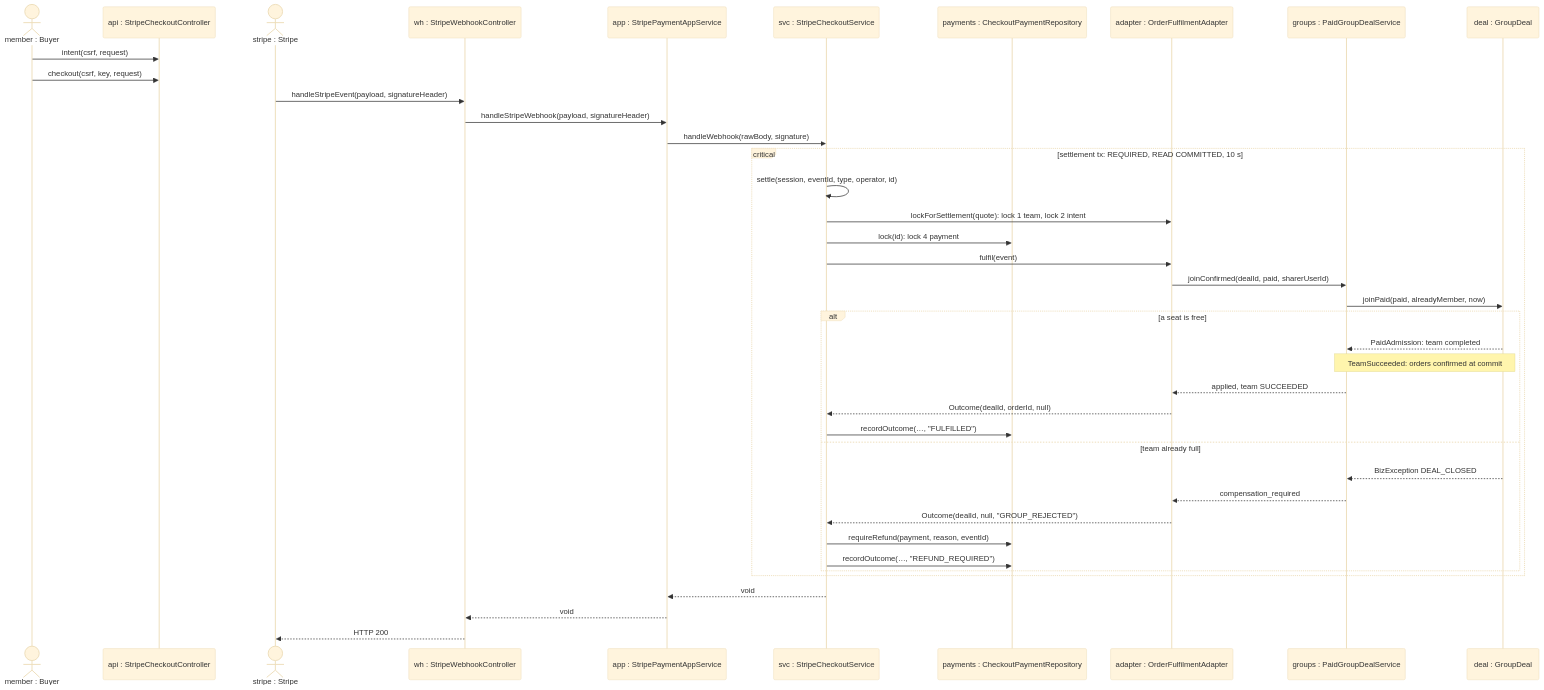
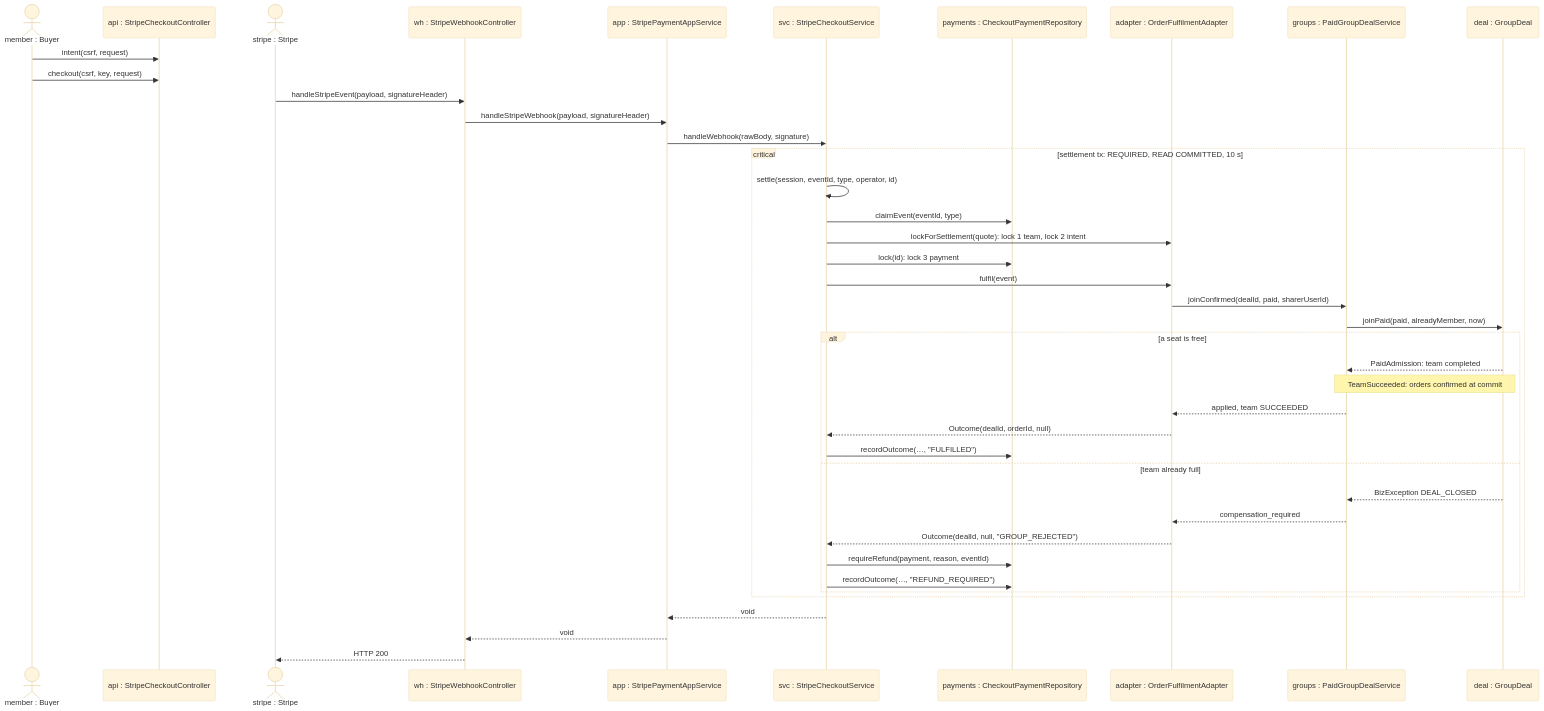
One commit to PPsyrius/iss-groupbuy-team8 changed the diagram in docs/swe5001/report/diagrams/appendix-a/src/d12b-two-buyers-join.mmd. Above: the diagram before and after it, drawn with Mermaid (base theme). The commit also changed 8 other files, not shown here.

First line of the commit message:
docs(report): §3.2.4 analysis views, flows of events and four-part strategies (#462)

```diff
--- a/docs/swe5001/report/diagrams/appendix-a/src/d12b-two-buyers-join.mmd
+++ b/docs/swe5001/report/diagrams/appendix-a/src/d12b-two-buyers-join.mmd
@@ -1,42 +1,43 @@
 %% frame: Two buyers, part 2: the member joins by paying and the team succeeds (design, commerce-svc)
 sequenceDiagram
     actor Member as member : Buyer
     participant Api as api : StripeCheckoutController
     actor Stripe as stripe : Stripe
     participant Wh as wh : StripeWebhookController
     participant App as app : StripePaymentAppService
     participant Svc as svc : StripeCheckoutService
     participant Pay as payments : CheckoutPaymentRepository
     participant Ofa as adapter : OrderFulfilmentAdapter
     participant Grp as groups : PaidGroupDealService
     participant Deal as deal : GroupDeal
 
     Member->>Api: intent(csrf, request)
     Member->>Api: checkout(csrf, key, request)
     Stripe->>Wh: handleStripeEvent(payload, signatureHeader)
     Wh->>App: handleStripeWebhook(payload, signatureHeader)
     App->>Svc: handleWebhook(rawBody, signature)
     critical settlement tx: REQUIRED, READ COMMITTED, 10 s
         Svc->>Svc: settle(session, eventId, type, operator, id)
+        Svc->>Pay: claimEvent(eventId, type)
         Svc->>Ofa: lockForSettlement(quote): lock 1 team, lock 2 intent
-        Svc->>Pay: lock(id): lock 4 payment
+        Svc->>Pay: lock(id): lock 3 payment
         Svc->>Ofa: fulfil(event)
         Ofa->>Grp: joinConfirmed(dealId, paid, sharerUserId)
         Grp->>Deal: joinPaid(paid, alreadyMember, now)
         alt a seat is free
             Deal-->>Grp: PaidAdmission: team completed
             Note over Grp,Deal: TeamSucceeded: orders confirmed at commit
             Grp-->>Ofa: applied, team SUCCEEDED
             Ofa-->>Svc: Outcome(dealId, orderId, null)
             Svc->>Pay: recordOutcome(…, "FULFILLED")
         else team already full
             Deal-->>Grp: BizException DEAL_CLOSED
             Grp-->>Ofa: compensation_required
             Ofa-->>Svc: Outcome(dealId, null, "GROUP_REJECTED")
             Svc->>Pay: requireRefund(payment, reason, eventId)
             Svc->>Pay: recordOutcome(…, "REFUND_REQUIRED")
         end
     end
     Svc-->>App: void
     App-->>Wh: void
     Wh-->>Stripe: HTTP 200
```
